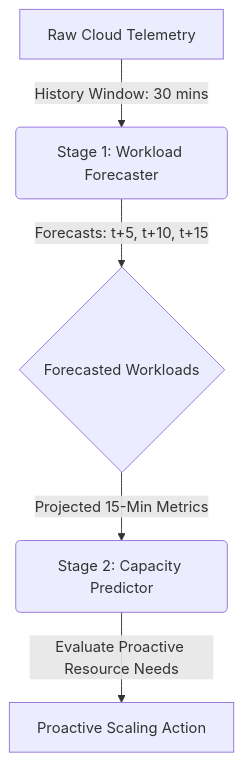
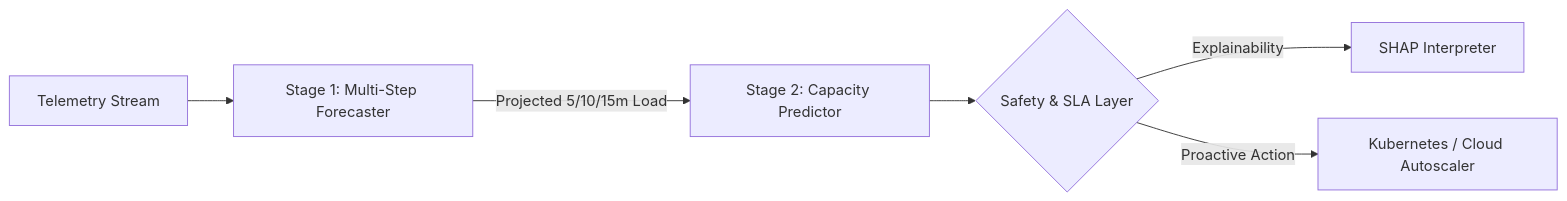
One commit to asthakhade13-svg/AI-CLOUD-RESOURCE-OPTIMIZATION-SYSTEM changed the diagram in README.md. Above: the diagram before and after it, drawn with Mermaid. The commit also changed other lines of this file, not shown here.

````diff
--- a/README.md
+++ b/README.md
@@ -66,7 +28,8 @@
 ```mermaid
-graph TD
-    A[Raw Cloud Telemetry] -->|History Window: 30 mins| B(Stage 1: Workload Forecaster)
-    B -->|Forecasts: t+5, t+10, t+15| C{Forecasted Workloads}
-    C -->|Projected 15-Min Metrics| D(Stage 2: Capacity Predictor)
-    D -->|Evaluate Proactive Resource Needs| E[Proactive Scaling Action]
+graph LR
+    A[Telemetry Stream] --> B[Stage 1: Multi-Step Forecaster]
+    B -->|Projected 5/10/15m Load| C[Stage 2: Capacity Predictor]
+    C --> D{Safety & SLA Layer}
+    D -->|Explainability| E[SHAP Interpreter]
+    D -->|Proactive Action| F[Kubernetes / Cloud Autoscaler]
 ```
````
